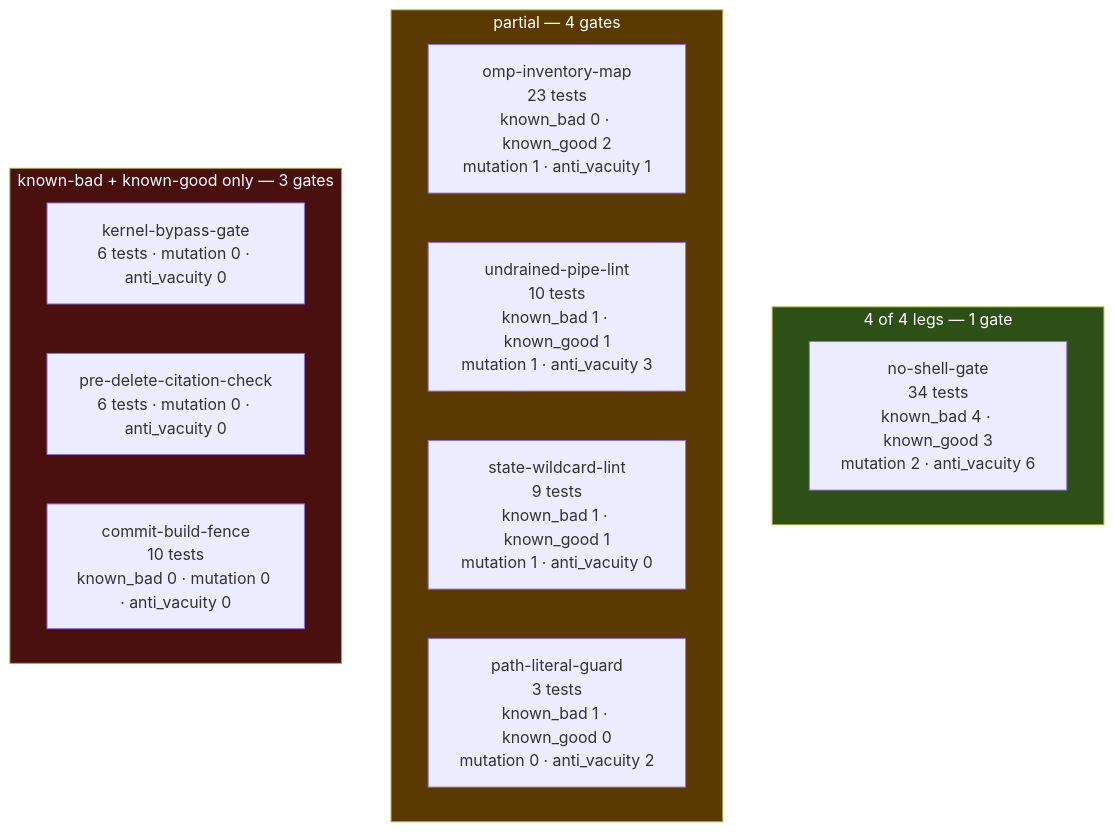
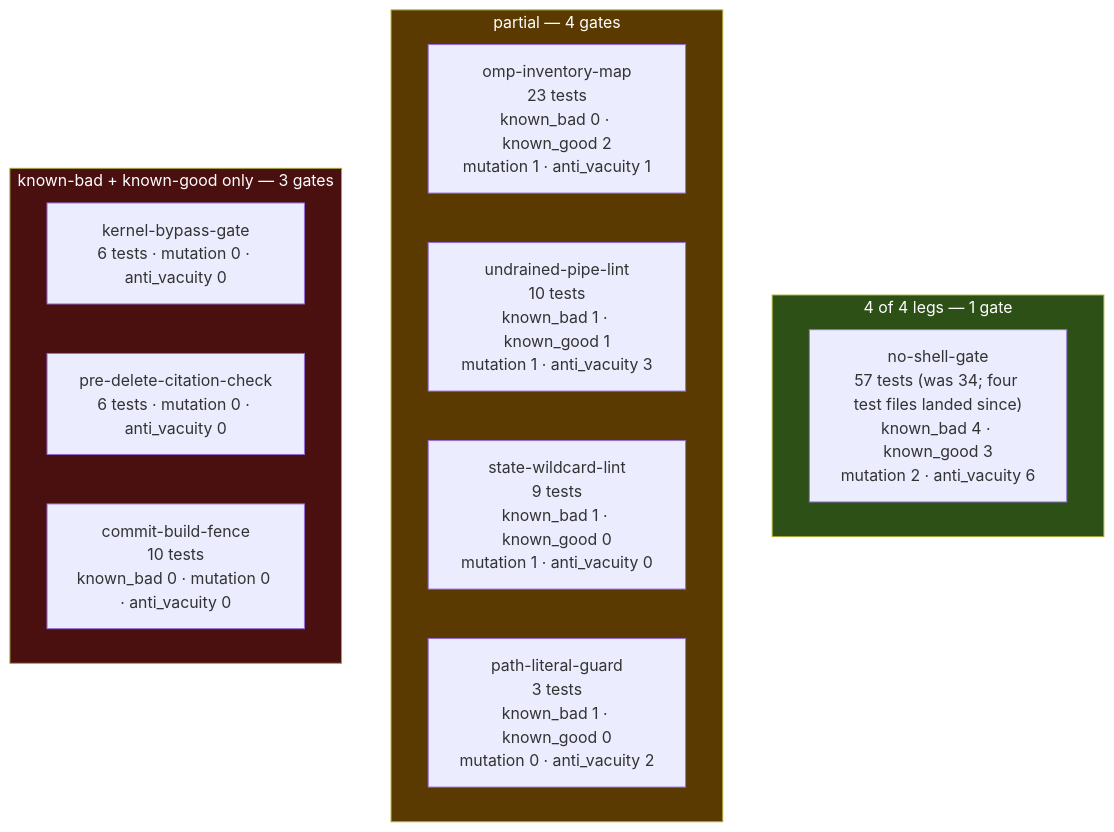
Before and after one commit to JYeswak/omp-orchestrator: the fourth of 6 diagrams in docs/plan/04-diagrams.md, drawn with Mermaid. The commit also changed other lines of this file and 4 other files, not shown here.

````diff
--- a/docs/plan/04-diagrams.md
+++ b/docs/plan/04-diagrams.md
@@ -228,23 +229,23 @@
 ```mermaid
 graph TD
     subgraph COMPLETE["4 of 4 legs — 1 gate"]
-        g1["no-shell-gate<br/>34 tests<br/>known_bad 4 · known_good 3<br/>mutation 2 · anti_vacuity 6"]
+        g1["no-shell-gate<br/>57 tests (was 34; four test files landed since)<br/>known_bad 4 · known_good 3<br/>mutation 2 · anti_vacuity 6"]
     end
 
     subgraph PARTIAL["partial — 4 gates"]
         g2["omp-inventory-map<br/>23 tests<br/>known_bad 0 · known_good 2<br/>mutation 1 · anti_vacuity 1"]
         g3["undrained-pipe-lint<br/>10 tests<br/>known_bad 1 · known_good 1<br/>mutation 1 · anti_vacuity 3"]
-        g4["state-wildcard-lint<br/>9 tests<br/>known_bad 1 · known_good 1<br/>mutation 1 · anti_vacuity 0"]
+        g4["state-wildcard-lint<br/>9 tests<br/>known_bad 1 · known_good 0<br/>mutation 1 · anti_vacuity 0"]
         g5["path-literal-guard<br/>3 tests<br/>known_bad 1 · known_good 0<br/>mutation 0 · anti_vacuity 2"]
     end
 
     subgraph THIN["known-bad + known-good only — 3 gates"]
         g6["kernel-bypass-gate<br/>6 tests · mutation 0 · anti_vacuity 0"]
         g7["pre-delete-citation-check<br/>6 tests · mutation 0 · anti_vacuity 0"]
         g8["commit-build-fence<br/>10 tests<br/>known_bad 0 · mutation 0 · anti_vacuity 0"]
     end
 
     style COMPLETE fill:#2d5016,color:#fff
     style PARTIAL fill:#5a3a00,color:#fff
     style THIN fill:#4a1010,color:#fff
 ```
````
